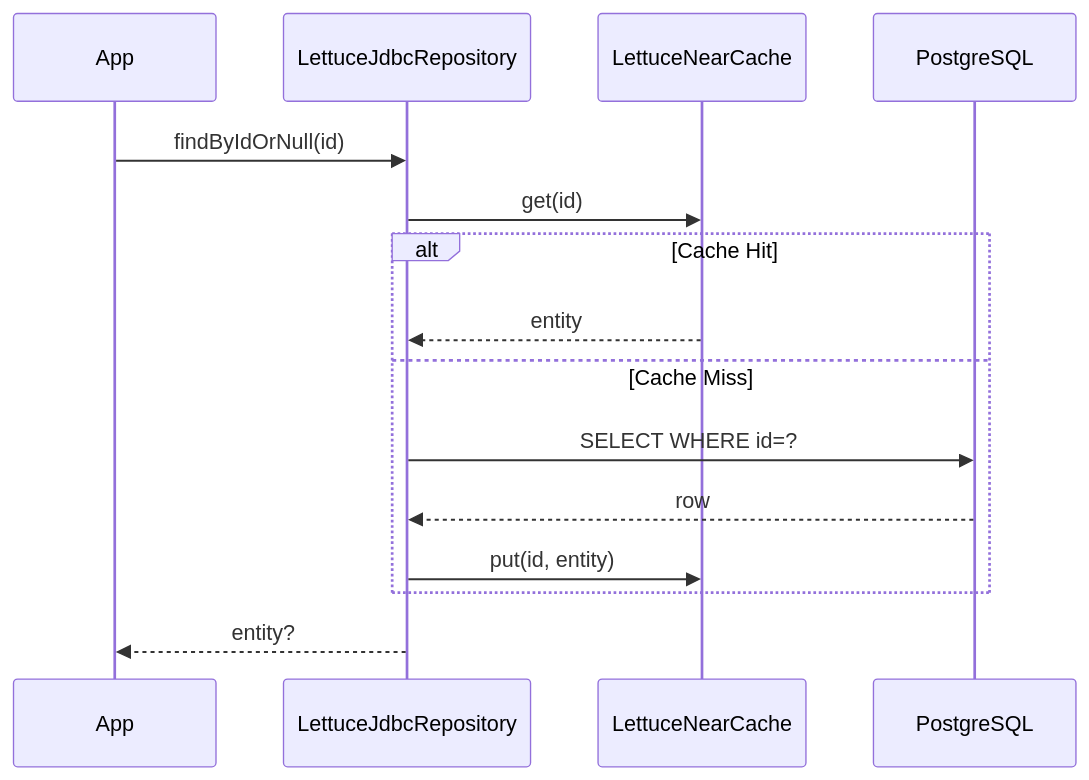
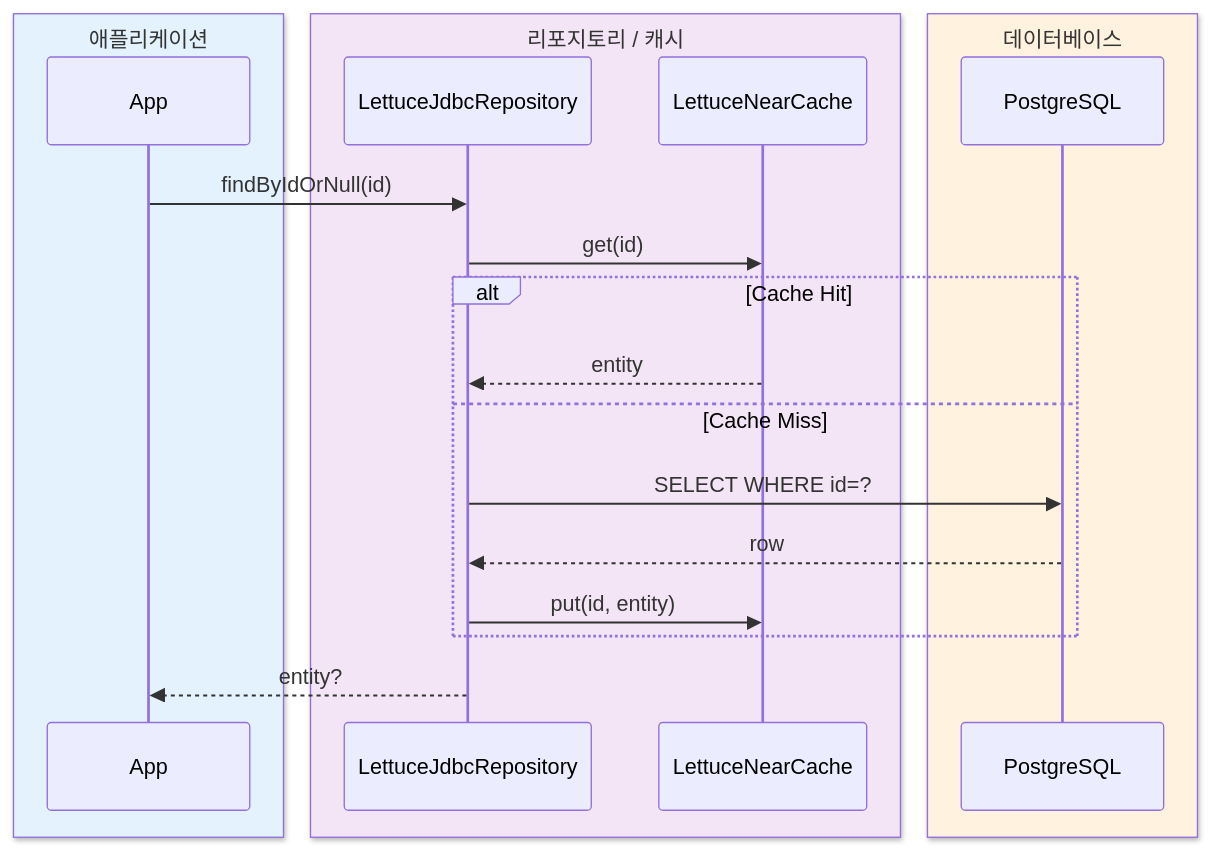
The second of 2 diagrams in data/exposed-jdbc-lettuce/README.ko.md (bluetape4k/bluetape4k-projects), drawn with Mermaid before and after one commit. The commit also changed other lines of this file and 221 other files, not shown here.

First line of the commit message:
docs: 전체 모듈 README UML 다이어그램 보강 및 색상 업그레이드

````diff
--- a/data/exposed-jdbc-lettuce/README.ko.md
+++ b/data/exposed-jdbc-lettuce/README.ko.md
@@ -129,18 +132,24 @@
 ```mermaid
 sequenceDiagram
-    participant App
-    participant Repo as LettuceJdbcRepository
-    participant Cache as LettuceNearCache
-    participant DB as PostgreSQL
+    box rgb(227, 242, 253) 애플리케이션
+        participant App
+    end
+    box rgb(243, 229, 245) 리포지토리 / 캐시
+        participant Repo as LettuceJdbcRepository
+        participant Cache as LettuceNearCache
+    end
+    box rgb(255, 243, 224) 데이터베이스
+        participant DB as PostgreSQL
+    end
 
     App->>Repo: findByIdOrNull(id)
     Repo->>Cache: get(id)
     alt Cache Hit
         Cache-->>Repo: entity
     else Cache Miss
         Repo->>DB: SELECT WHERE id=?
         DB-->>Repo: row
         Repo->>Cache: put(id, entity)
     end
     Repo-->>App: entity?
 ```
````
